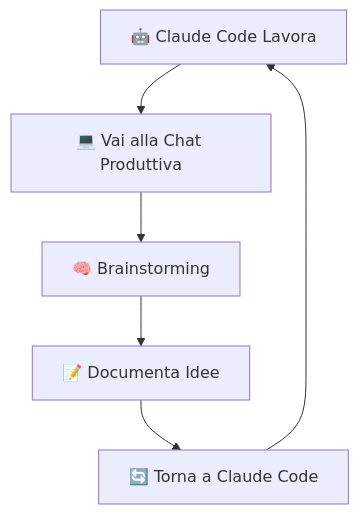
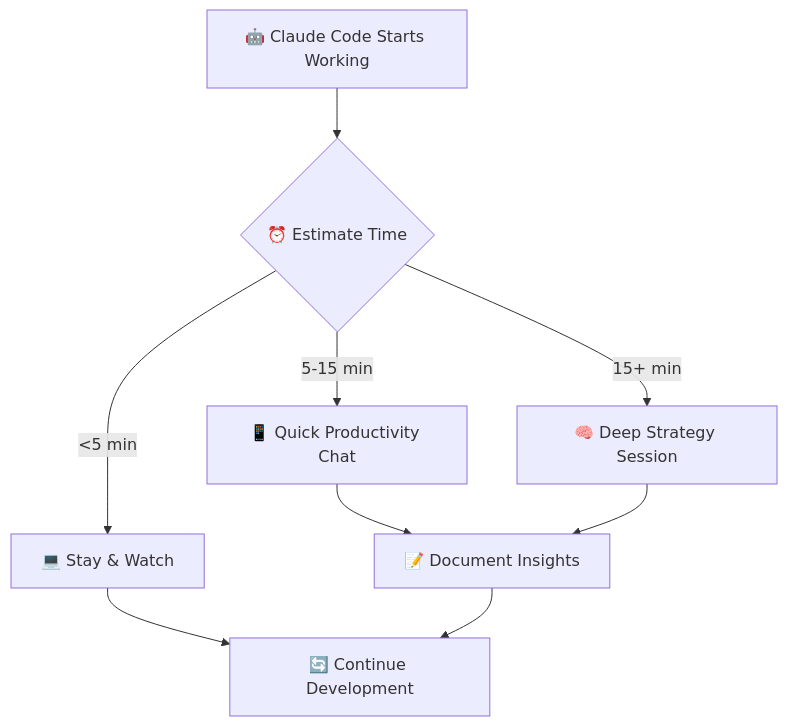
The fourth of 5 diagrams in README.md (freshgr4m/claude-code-trucchi-nascosti), drawn with Mermaid before and after one commit. The commit also changed other lines of this file, not shown here.

````diff
--- a/README.md
+++ b/README.md
@@ -506,8 +1088,11 @@
 ```mermaid
 graph TD
-    A[🤖 Claude Code Lavora] --> B[💻 Vai alla Chat Produttiva]
-    B --> C[🧠 Brainstorming]
-    C --> D[📝 Documenta Idee]
-    D --> E[🔄 Torna a Claude Code]
-    E --> A
+    A[🤖 Claude Code Starts Working] --> B{⏰ Estimate Time}
+    B -->|<5 min| C[💻 Stay & Watch]
+    B -->|5-15 min| D[📱 Quick Productivity Chat]  
+    B -->|15+ min| E[🧠 Deep Strategy Session]
+    C --> F[🔄 Continue Development]
+    D --> G[📝 Document Insights]
+    E --> G
+    G --> F
 ```
````
